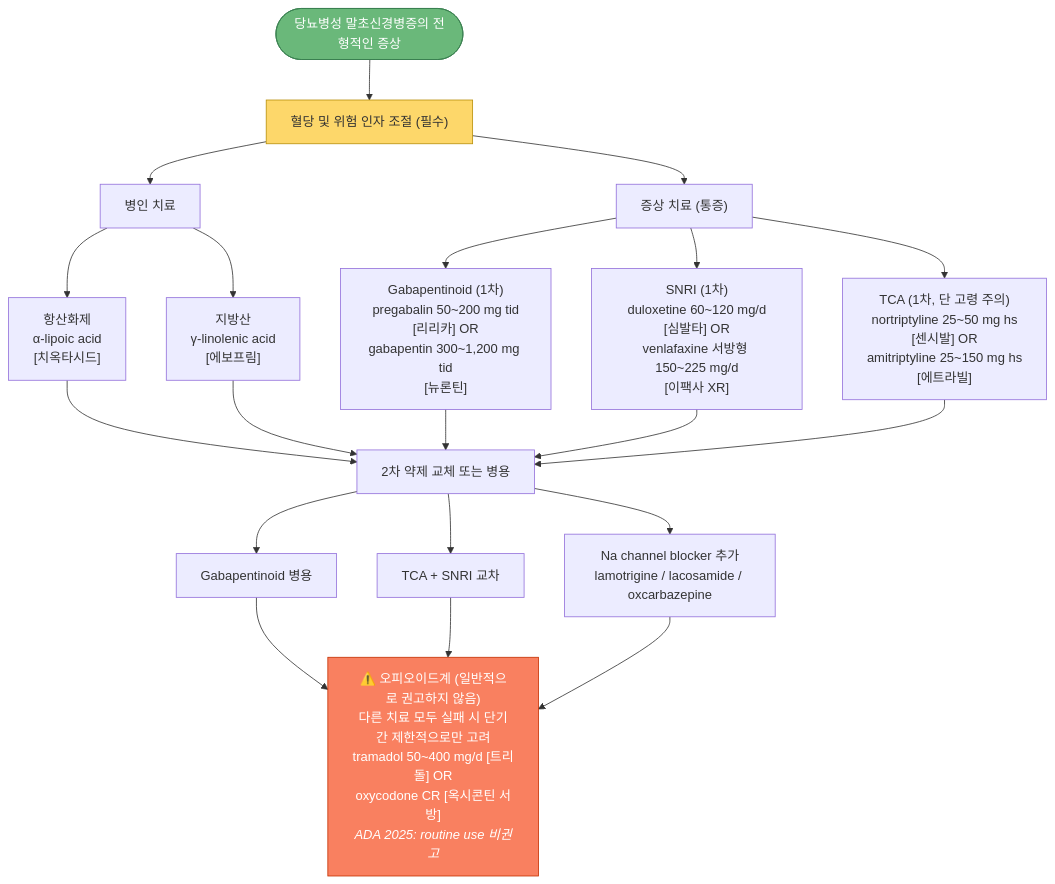
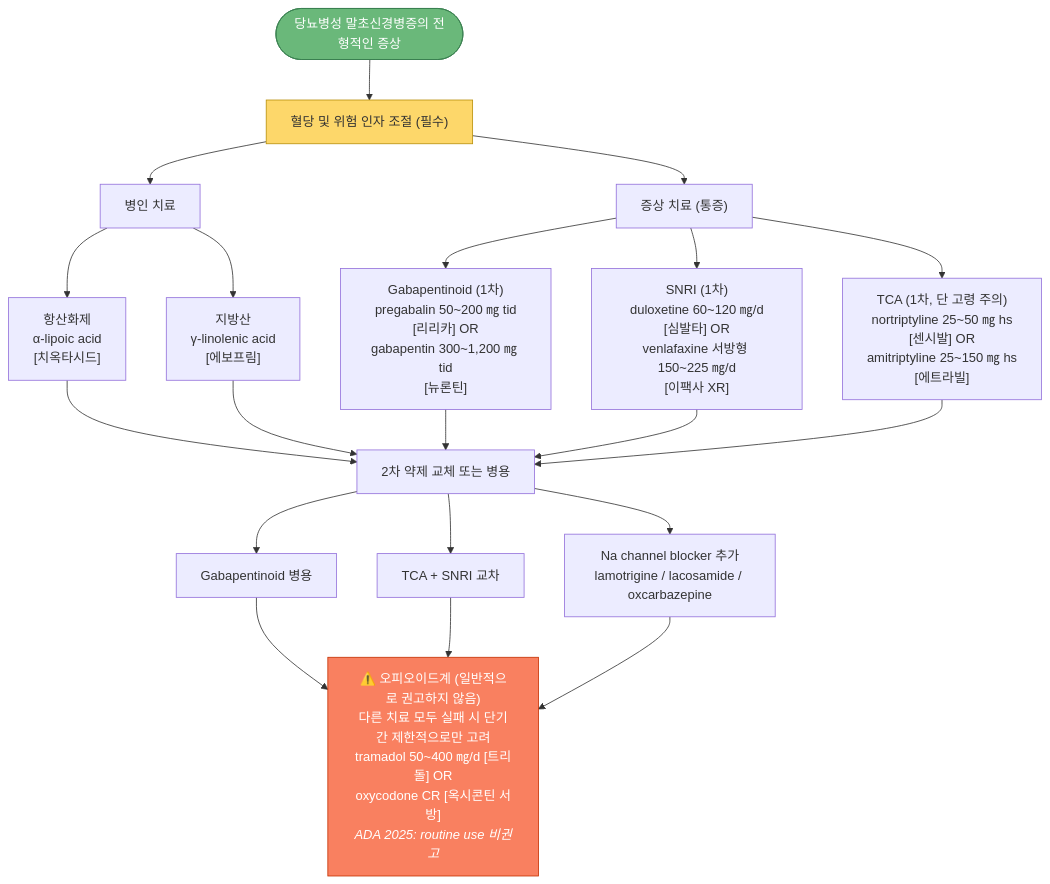
Before and after one commit to familyoh77/familyoh77: the second of 2 diagrams in 226_/102_-complications-of-diabetes.md, drawn with Mermaid. The commit also changed other lines of this file and 2 other files, not shown here.

````diff
--- a/226_/102_-complications-of-diabetes.md
+++ b/226_/102_-complications-of-diabetes.md
@@ -424,35 +424,35 @@
 ```mermaid
 graph TD
     Start(["당뇨병성 말초신경병증의 전형적인 증상"])
     Start --> Ctrl["혈당 및 위험 인자 조절 (필수)"]
 
     Ctrl --> Path["병인 치료"]
     Ctrl --> Sym["증상 치료 (통증)"]
 
     Path --> PA1["항산화제<br/>α-lipoic acid<br/>[치옥타시드]"]
     Path --> PA2["지방산<br/>γ-linolenic acid<br/>[에보프림]"]
 
-    Sym --> SB1["Gabapentinoid (1차)<br/>pregabalin 50~200 mg tid<br/>[리리카] OR<br/>gabapentin 300~1,200 mg tid<br/>[뉴론틴]"]
-    Sym --> SB2["SNRI (1차)<br/>duloxetine 60~120 mg/d<br/>[심발타] OR<br/>venlafaxine 서방형 150~225 mg/d<br/>[이팩사 XR]"]
-    Sym --> SB3["TCA (1차, 단 고령 주의)<br/>nortriptyline 25~50 mg hs<br/>[센시발] OR<br/>amitriptyline 25~150 mg hs<br/>[에트라빌]"]
+    Sym --> SB1["Gabapentinoid (1차)<br/>pregabalin 50~200 ㎎ tid<br/>[리리카] OR<br/>gabapentin 300~1,200 ㎎ tid<br/>[뉴론틴]"]
+    Sym --> SB2["SNRI (1차)<br/>duloxetine 60~120 ㎎/d<br/>[심발타] OR<br/>venlafaxine 서방형 150~225 ㎎/d<br/>[이팩사 XR]"]
+    Sym --> SB3["TCA (1차, 단 고령 주의)<br/>nortriptyline 25~50 ㎎ hs<br/>[센시발] OR<br/>amitriptyline 25~150 ㎎ hs<br/>[에트라빌]"]
 
     PA1 --> 2nd["2차 약제 교체 또는 병용"]
     PA2 --> 2nd
     SB1 --> 2nd
     SB2 --> 2nd
     SB3 --> 2nd
 
     2nd --> 2ndA["Gabapentinoid 병용"]
     2nd --> 2ndB["TCA + SNRI 교차"]
     2nd --> 2ndC["Na channel blocker 추가<br/>lamotrigine / lacosamide / oxcarbazepine"]
 
     2ndA --> 3rd
     2ndB --> 3rd
     2ndC --> 3rd
 
-    3rd["⚠️ 오피오이드계 (일반적으로 권고하지 않음)<br/>다른 치료 모두 실패 시 단기간 제한적으로만 고려<br/>tramadol 50~400 mg/d [트리돌] OR<br/>oxycodone CR [옥시콘틴 서방]<br/><i>ADA 2025: routine use 비권고</i>"]
+    3rd["⚠️ 오피오이드계 (일반적으로 권고하지 않음)<br/>다른 치료 모두 실패 시 단기간 제한적으로만 고려<br/>tramadol 50~400 ㎎/d [트리돌] OR<br/>oxycodone CR [옥시콘틴 서방]<br/><i>ADA 2025: routine use 비권고</i>"]
 
     style Start fill:#6ab87a,stroke:#3a8050,color:#fff
     style Ctrl fill:#fdd76a,stroke:#b9900a,color:#333
     style 3rd fill:#f98060,stroke:#c53000,color:#fff
 ```
````
